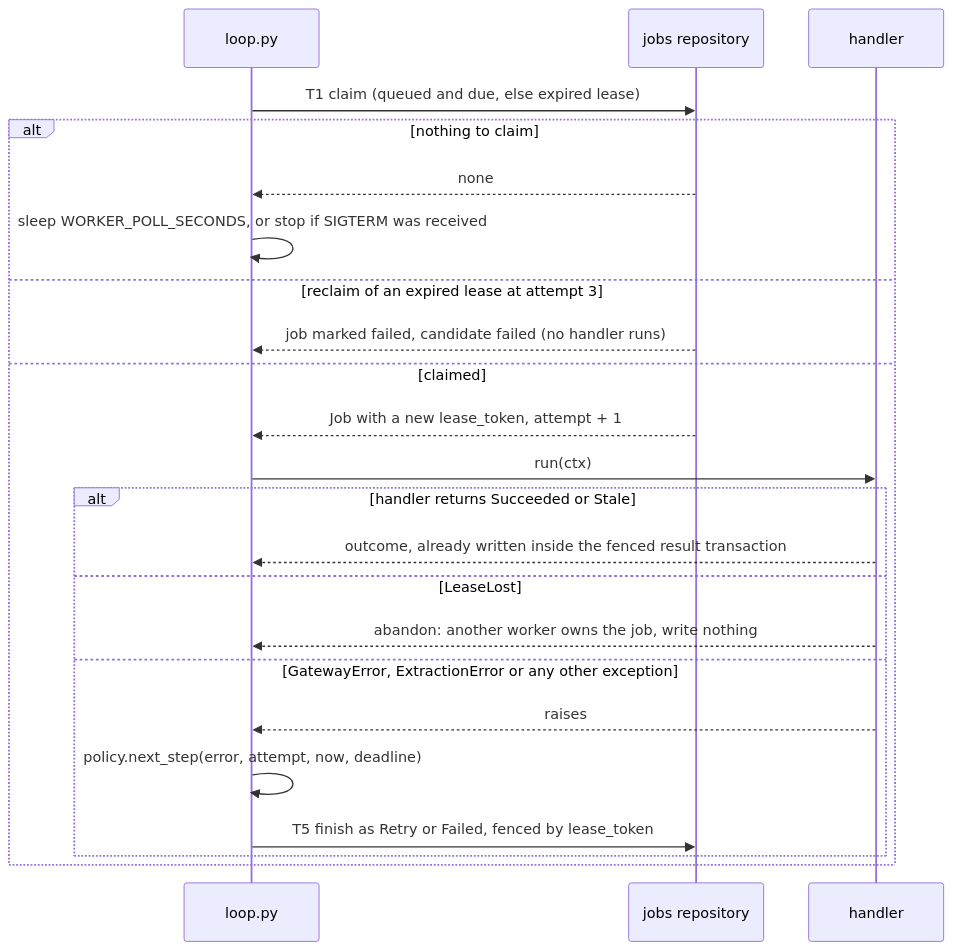
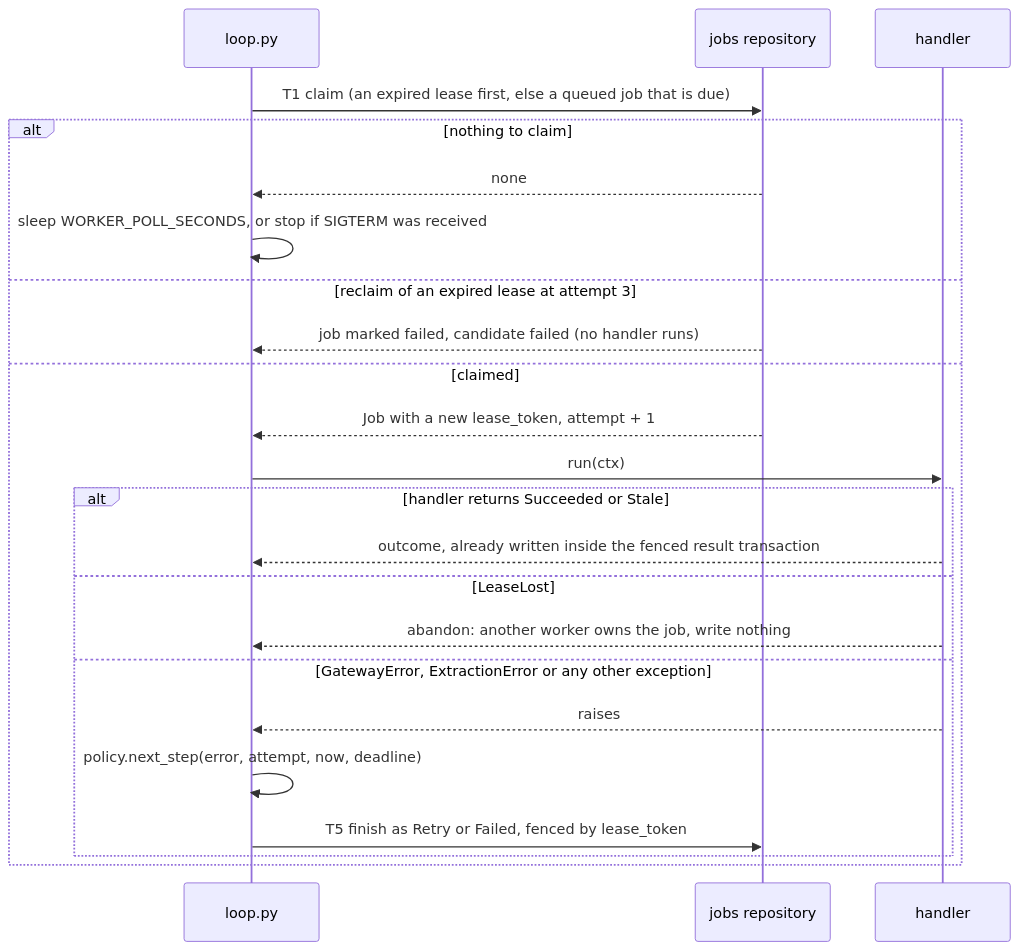
Before and after one commit to venkatmidhunmareedu/hirekit: the first of 5 diagrams in docs/design/worker-lld.md, drawn with Mermaid. The commit also changed other lines of this file, not shown here.

````diff
--- a/docs/design/worker-lld.md
+++ b/docs/design/worker-lld.md
@@ -84,25 +100,25 @@
 ```mermaid
 sequenceDiagram
     participant L as loop.py
     participant R as jobs repository
     participant H as handler
-    L->>R: T1 claim (queued and due, else expired lease)
+    L->>R: T1 claim (an expired lease first, else a queued job that is due)
     alt nothing to claim
         R-->>L: none
         L->>L: sleep WORKER_POLL_SECONDS, or stop if SIGTERM was received
     else reclaim of an expired lease at attempt 3
         R-->>L: job marked failed, candidate failed (no handler runs)
     else claimed
         R-->>L: Job with a new lease_token, attempt + 1
         L->>H: run(ctx)
         alt handler returns Succeeded or Stale
             H-->>L: outcome, already written inside the fenced result transaction
         else LeaseLost
             H-->>L: abandon: another worker owns the job, write nothing
         else GatewayError, ExtractionError or any other exception
             H-->>L: raises
             L->>L: policy.next_step(error, attempt, now, deadline)
             L->>R: T5 finish as Retry or Failed, fenced by lease_token
         end
     end
 ```
````
